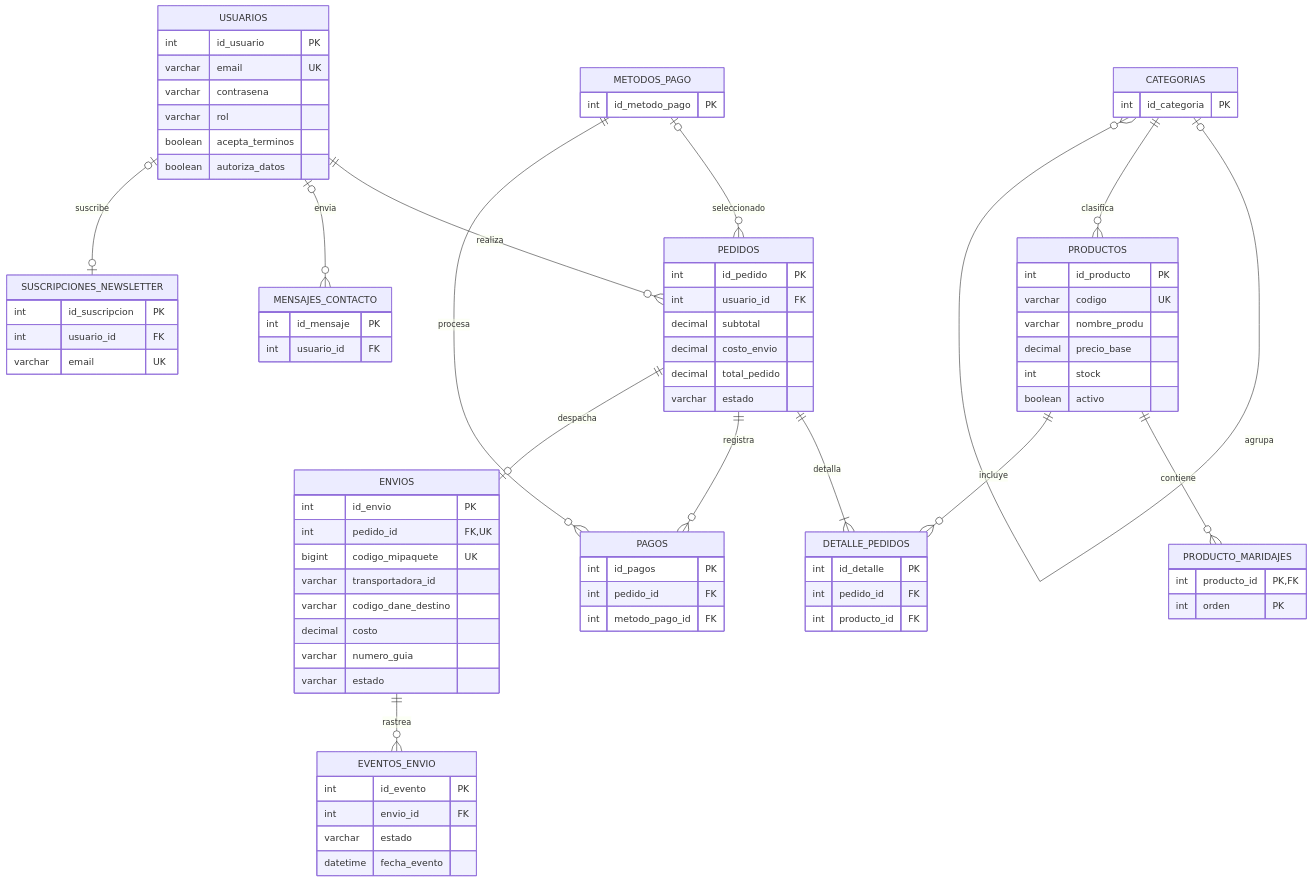
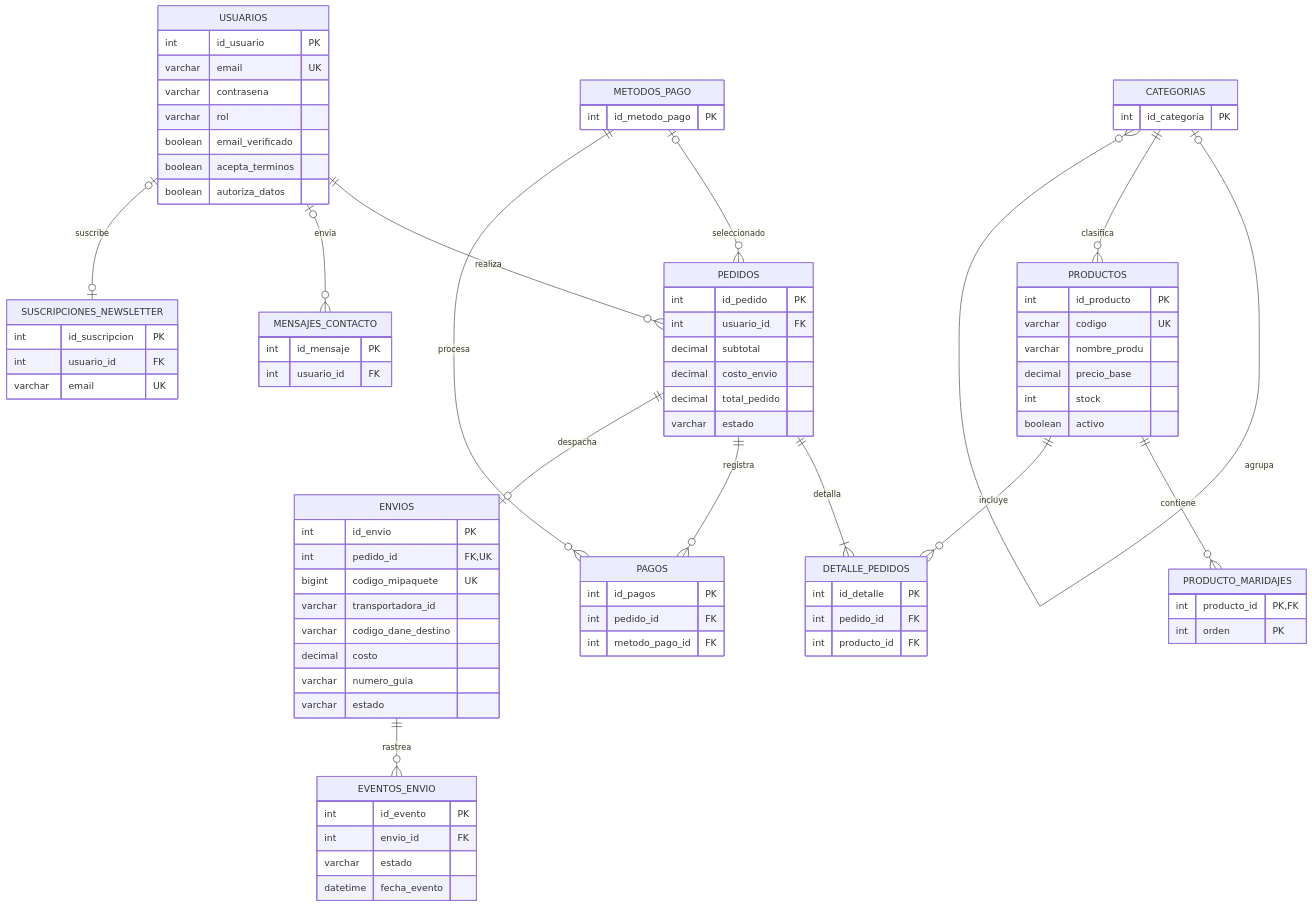
One commit to Raydan08x/e-commerce-sd-fullstack changed the diagram in database/modelo-er-definitivo.mmd. Above: the diagram before and after it, drawn with Mermaid. The commit also changed 28 other files, not shown here.

```diff
--- a/database/modelo-er-definitivo.mmd
+++ b/database/modelo-er-definitivo.mmd
@@ -1,62 +1,63 @@
 erDiagram
     USUARIOS ||--o{ PEDIDOS : realiza
     USUARIOS o|--o{ MENSAJES_CONTACTO : envia
     USUARIOS o|--o| SUSCRIPCIONES_NEWSLETTER : suscribe
     CATEGORIAS o|--o{ CATEGORIAS : agrupa
     CATEGORIAS ||--o{ PRODUCTOS : clasifica
     PRODUCTOS ||--o{ PRODUCTO_MARIDAJES : contiene
     PRODUCTOS ||--o{ DETALLE_PEDIDOS : incluye
     PEDIDOS ||--|{ DETALLE_PEDIDOS : detalla
     METODOS_PAGO o|--o{ PEDIDOS : seleccionado
     PEDIDOS ||--o{ PAGOS : registra
     METODOS_PAGO ||--o{ PAGOS : procesa
     PEDIDOS ||--o| ENVIOS : despacha
     ENVIOS ||--o{ EVENTOS_ENVIO : rastrea
 
     USUARIOS {
       int id_usuario PK
       varchar email UK
       varchar contrasena
       varchar rol
+      boolean email_verificado
       boolean acepta_terminos
       boolean autoriza_datos
     }
     PRODUCTOS {
       int id_producto PK
       varchar codigo UK
       varchar nombre_produ
       decimal precio_base
       int stock
       boolean activo
     }
     PEDIDOS {
       int id_pedido PK
       int usuario_id FK
       decimal subtotal
       decimal costo_envio
       decimal total_pedido
       varchar estado
     }
     ENVIOS {
       int id_envio PK
       int pedido_id FK,UK
       bigint codigo_mipaquete UK
       varchar transportadora_id
       varchar codigo_dane_destino
       decimal costo
       varchar numero_guia
       varchar estado
     }
     EVENTOS_ENVIO {
       int id_evento PK
       int envio_id FK
       varchar estado
       datetime fecha_evento
     }
     CATEGORIAS { int id_categoria PK }
     PRODUCTO_MARIDAJES { int producto_id PK,FK int orden PK }
     DETALLE_PEDIDOS { int id_detalle PK int pedido_id FK int producto_id FK }
     METODOS_PAGO { int id_metodo_pago PK }
     PAGOS { int id_pagos PK int pedido_id FK int metodo_pago_id FK }
     MENSAJES_CONTACTO { int id_mensaje PK int usuario_id FK }
     SUSCRIPCIONES_NEWSLETTER { int id_suscripcion PK int usuario_id FK varchar email UK }
```
